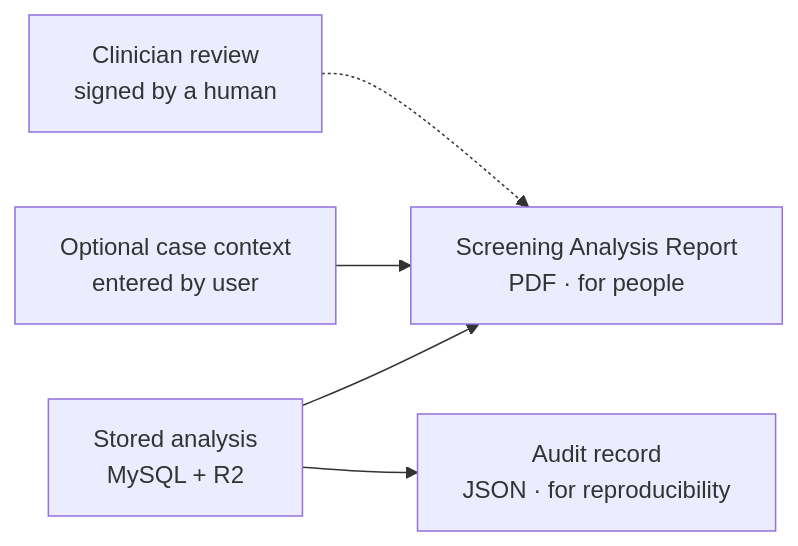
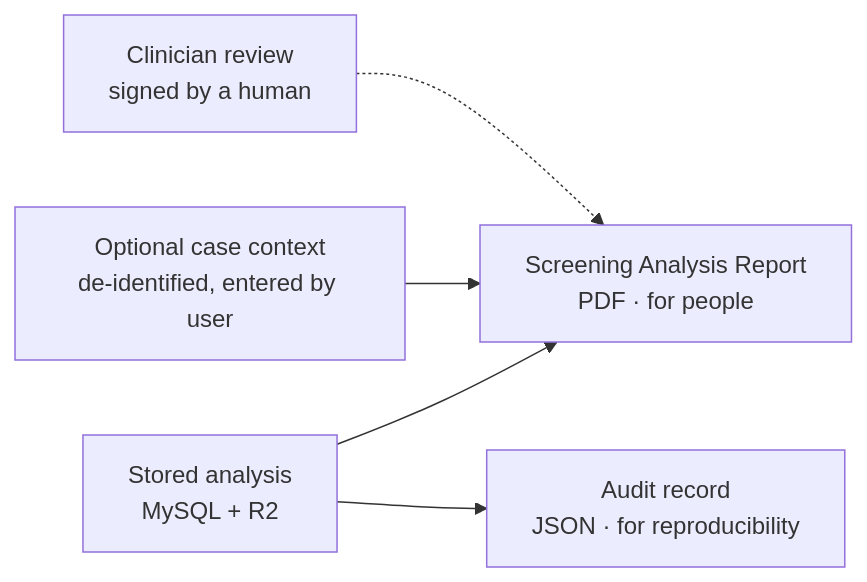
Before and after one commit to Fy1zN/pneumyst-ai: the fourth of 6 diagrams in README.md, drawn with Mermaid. The commit also changed other lines of this file and 1 other file, not shown here.

First line of the commit message:
Document backend step 5b: PDF report, audit record and case context

````diff
--- a/README.md
+++ b/README.md
@@ -391,7 +392,7 @@
 ```mermaid
 flowchart LR
     A["Stored analysis<br/>MySQL + R2"] --> B["Screening Analysis Report<br/>PDF · for people"]
     A --> C["Audit record<br/>JSON · for reproducibility"]
-    D["Optional case context<br/>entered by user"] --> B
+    D["Optional case context<br/>de-identified, entered by user"] --> B
     E["Clinician review<br/>signed by a human"] -.-> B
 ```
````
